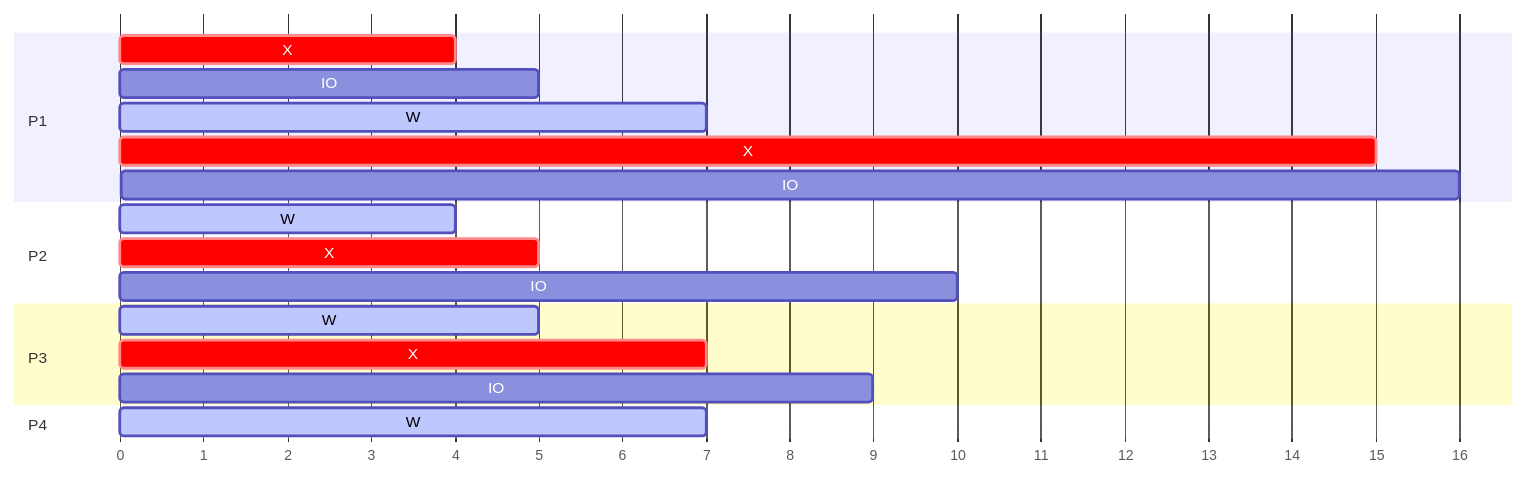
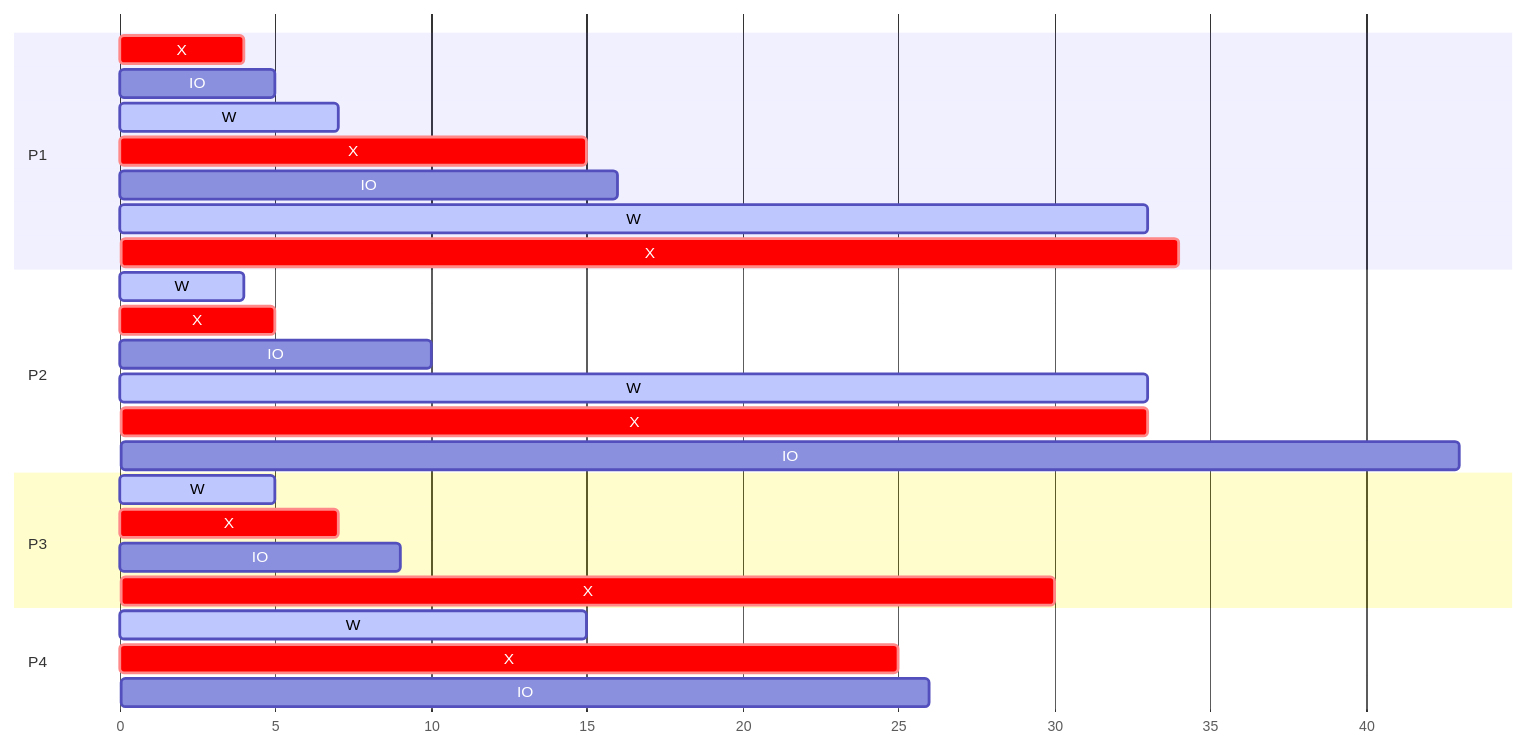
Before and after one commit to angelromarco04/MyNotes: the diagram in CS/OS/data/25_scheduling.md, drawn with Mermaid.

Commit message:
vault backup: 2024-03-25 19:35:08

````diff
--- a/CS/OS/data/25_scheduling.md
+++ b/CS/OS/data/25_scheduling.md
@@ -41,26 +41,34 @@
 ```mermaid
 ---
 displayMode: compact
 ---
 gantt
     dateFormat X
     axisFormat %s
     
     section P1
         X       : crit, a, 0, 4
         IO      : a, 4, 5
 		W       : active, a, 5, 7
 		X       : crit, a, 7, 15
 		IO      : a, 15, 16
+		W       : active, a, 16, 33
+		X       : crit, a, 33, 34
     section P2
 	    W       : active, b, 2, 4
 	    X       : crit, b, 4, 5
 	    IO      : b, 5, 10
+	    W       : active, b, 10, 33
+	    X       : crit, b, 30, 33
+	    IO      : b, 33, 43
 	section P3
 		W       : active, c, 4, 5
 		X       : crit, c, 5, 7
 	    IO      : c, 7, 9
+	    X       : crit, c, 25, 30
 	section P4
-		W       : active, d, 6, 7
+		W       : active, d, 6, 15
+		X       : crit, d, 15, 25
+		IO      : d, 25, 26
 
 ```
````
